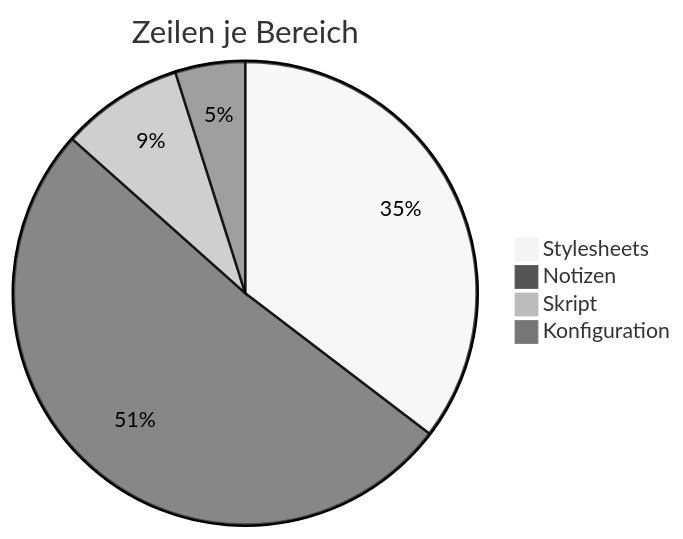
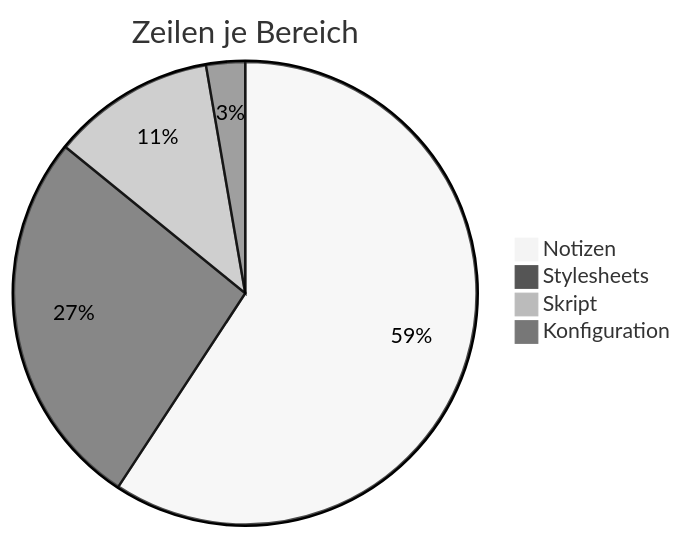
The first of 4 diagrams in formatierung/diagramme/zahlen.md (boxi-os/Quartz-Example-Template), drawn with Mermaid (neutral theme) before and after one commit. The commit also changed other lines of this file and 38 other files, not shown here.

````diff
--- a/formatierung/diagramme/zahlen.md
+++ b/formatierung/diagramme/zahlen.md
@@ -23,7 +23,7 @@
 ```mermaid
 pie title Zeilen je Bereich
-    "Stylesheets" : 2900
-    "Notizen" : 4200
-    "Skript" : 700
-    "Konfiguration" : 400
+    "Notizen" : 10900
+    "Stylesheets" : 4900
+    "Skript" : 2100
+    "Konfiguration" : 500
 ```
````
